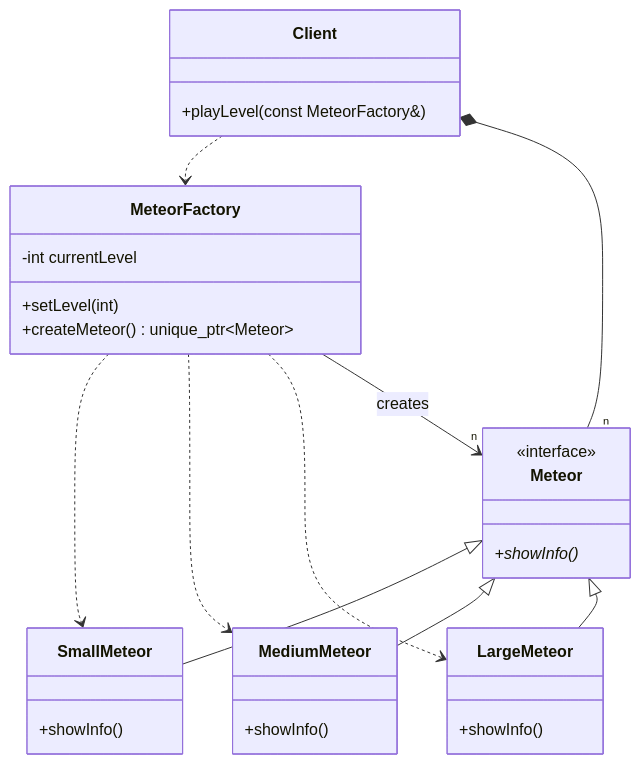
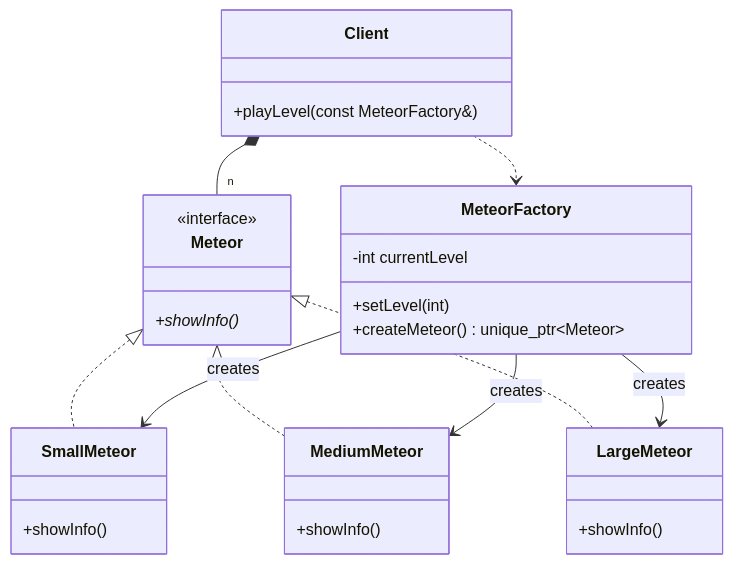
One commit to Cichlidfishexigency721/Modern-CPP-Design-Patterns changed the diagram in 02_FactoryMethod/SimpleFactoryMethod/diagram.md. Above: the diagram before and after it, drawn with Mermaid.

Commit message:
UML improvement

````diff
--- a/02_FactoryMethod/SimpleFactoryMethod/diagram.md
+++ b/02_FactoryMethod/SimpleFactoryMethod/diagram.md
@@ -3,42 +3,39 @@
 ```mermaid
 classDiagram
     class Meteor {
         <<interface>>
         +showInfo()*
     }
     class SmallMeteor {
         +showInfo()
     }
     class MediumMeteor {
         +showInfo()
     }
     class LargeMeteor {
         +showInfo()
     }
 
     class MeteorFactory {
         -int currentLevel
         +setLevel(int)
         +createMeteor() unique_ptr~Meteor~
     }
 
     class Client {
         +playLevel(const MeteorFactory&)
     }
 
-    Meteor <|-- SmallMeteor
-    Meteor <|-- MediumMeteor
-    Meteor <|-- LargeMeteor
+    Meteor <|.. SmallMeteor
+    Meteor <|.. MediumMeteor
+    Meteor <|.. LargeMeteor
 
     %% The Factory creates specific concrete products based on its internal state
-    MeteorFactory ..> SmallMeteor
-    MeteorFactory ..> MediumMeteor
-    MeteorFactory ..> LargeMeteor
+    MeteorFactory --> SmallMeteor : creates
+    MeteorFactory --> MediumMeteor : creates
+    MeteorFactory --> LargeMeteor : creates
     
-    %% The Factory returns abstract products
-    MeteorFactory --> "n" Meteor : creates
-
     %% Client relies on the single concrete factory and the abstract product
     Client ..> MeteorFactory
     Client *-- "n" Meteor
 ```
````
